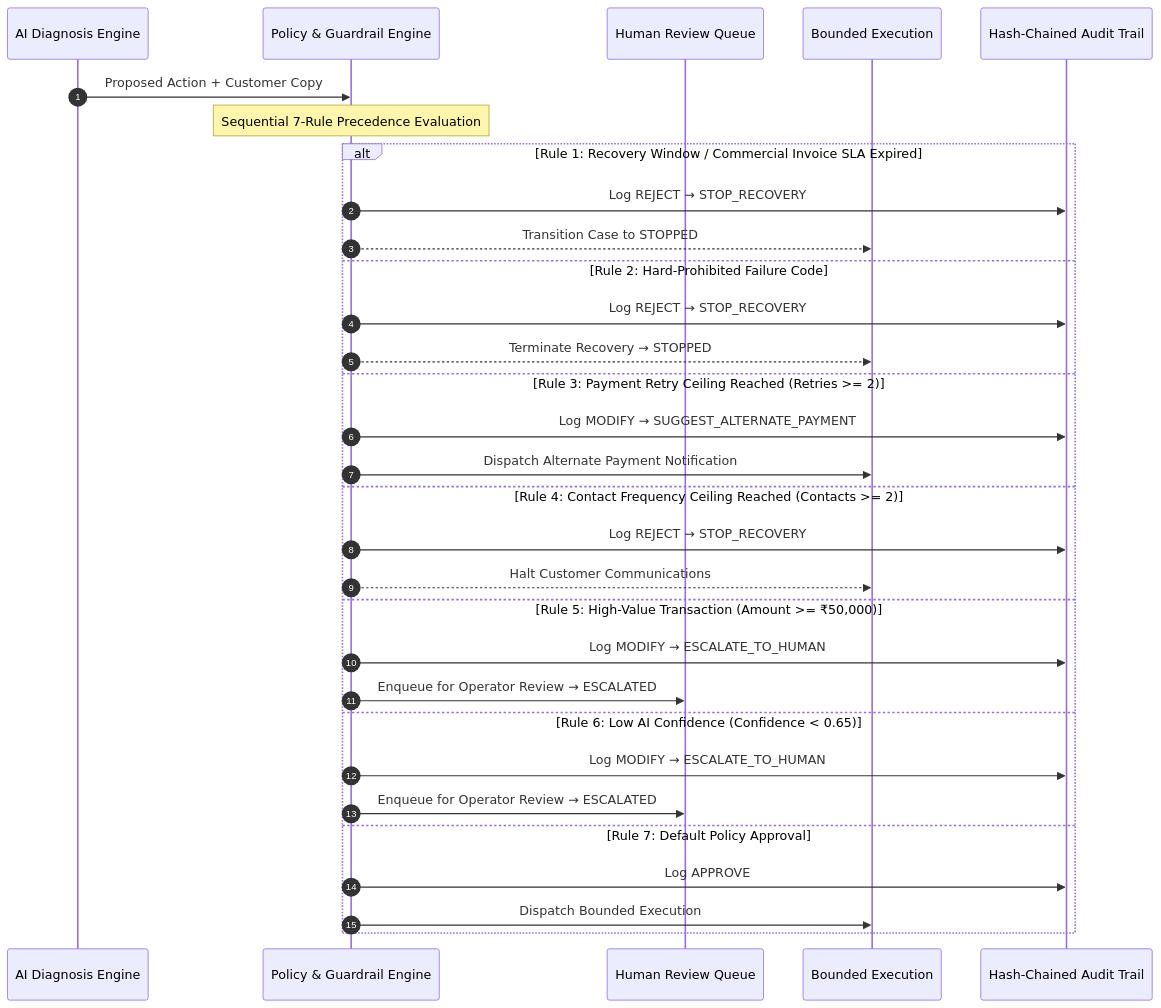
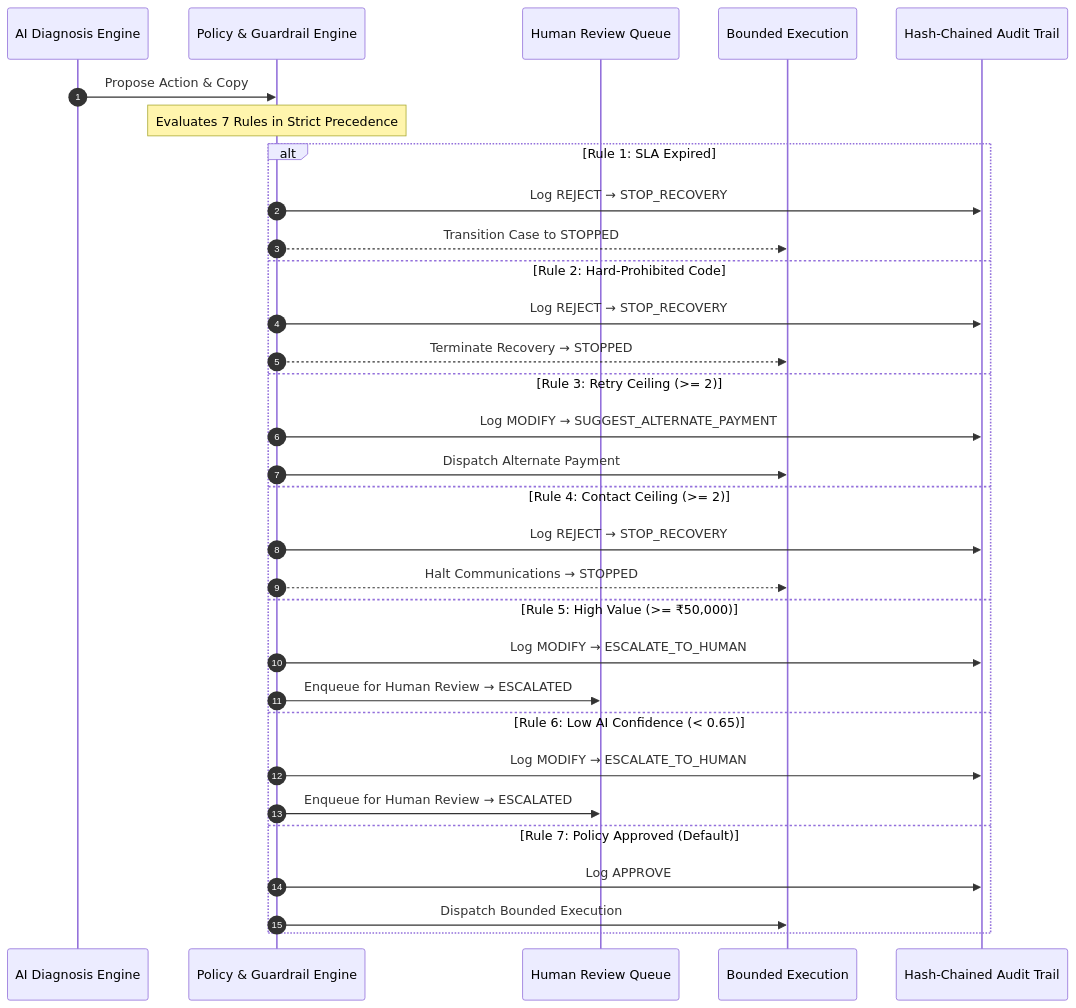
One commit to Rohtash039/RecoverOS-Revenue-Recovery-Operating-System changed the second of 2 diagrams in README.md. Above: the diagram before and after it, drawn with Mermaid. The commit also changed other lines of this file and 5 other files, not shown here.

````diff
--- a/README.md
+++ b/README.md
@@ -313,41 +313,41 @@
 ```mermaid
 sequenceDiagram
     autonumber
     participant AI as AI Diagnosis Engine
     participant Policy as Policy & Guardrail Engine
     participant Queue as Human Review Queue
     participant Exec as Bounded Execution
     participant Audit as Hash-Chained Audit Trail
 
-    AI->>Policy: Proposed Action + Customer Copy
-    Note over Policy: Sequential 7-Rule Precedence Evaluation
+    AI->>Policy: Propose Action & Copy
+    Note over Policy: Evaluates 7 Rules in Strict Precedence
 
-    alt Rule 1: Recovery Window / Commercial Invoice SLA Expired
+    alt Rule 1: SLA Expired
         Policy->>Audit: Log REJECT → STOP_RECOVERY
         Policy-->>Exec: Transition Case to STOPPED
 
-    else Rule 2: Hard-Prohibited Failure Code
+    else Rule 2: Hard-Prohibited Code
         Policy->>Audit: Log REJECT → STOP_RECOVERY
         Policy-->>Exec: Terminate Recovery → STOPPED
 
-    else Rule 3: Payment Retry Ceiling Reached (Retries >= 2)
+    else Rule 3: Retry Ceiling (>= 2)
         Policy->>Audit: Log MODIFY → SUGGEST_ALTERNATE_PAYMENT
-        Policy->>Exec: Dispatch Alternate Payment Notification
+        Policy->>Exec: Dispatch Alternate Payment
 
-    else Rule 4: Contact Frequency Ceiling Reached (Contacts >= 2)
+    else Rule 4: Contact Ceiling (>= 2)
         Policy->>Audit: Log REJECT → STOP_RECOVERY
-        Policy-->>Exec: Halt Customer Communications
+        Policy-->>Exec: Halt Communications → STOPPED
 
-    else Rule 5: High-Value Transaction (Amount >= ₹50,000)
+    else Rule 5: High Value (>= ₹50,000)
         Policy->>Audit: Log MODIFY → ESCALATE_TO_HUMAN
-        Policy->>Queue: Enqueue for Operator Review → ESCALATED
+        Policy->>Queue: Enqueue for Human Review → ESCALATED
 
-    else Rule 6: Low AI Confidence (Confidence < 0.65)
+    else Rule 6: Low AI Confidence (< 0.65)
         Policy->>Audit: Log MODIFY → ESCALATE_TO_HUMAN
-        Policy->>Queue: Enqueue for Operator Review → ESCALATED
+        Policy->>Queue: Enqueue for Human Review → ESCALATED
 
-    else Rule 7: Default Policy Approval
+    else Rule 7: Policy Approved (Default)
         Policy->>Audit: Log APPROVE
         Policy->>Exec: Dispatch Bounded Execution
     end
 ```
````
